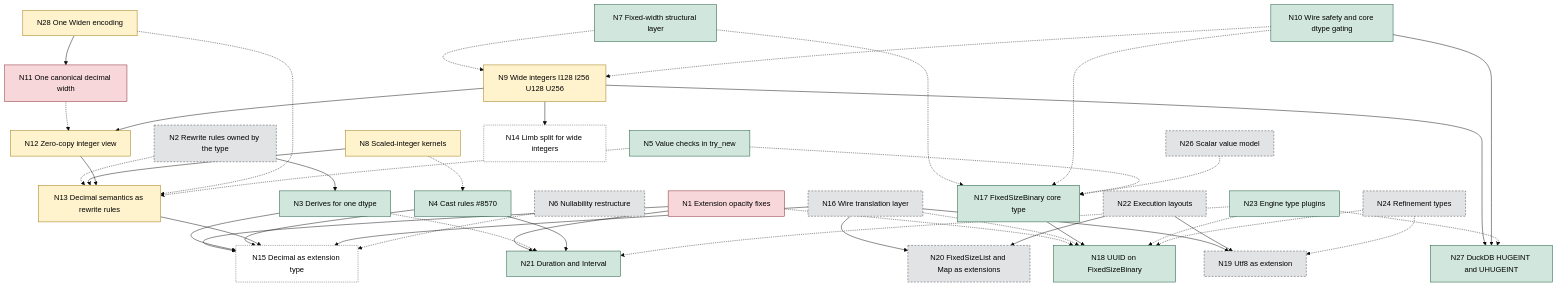
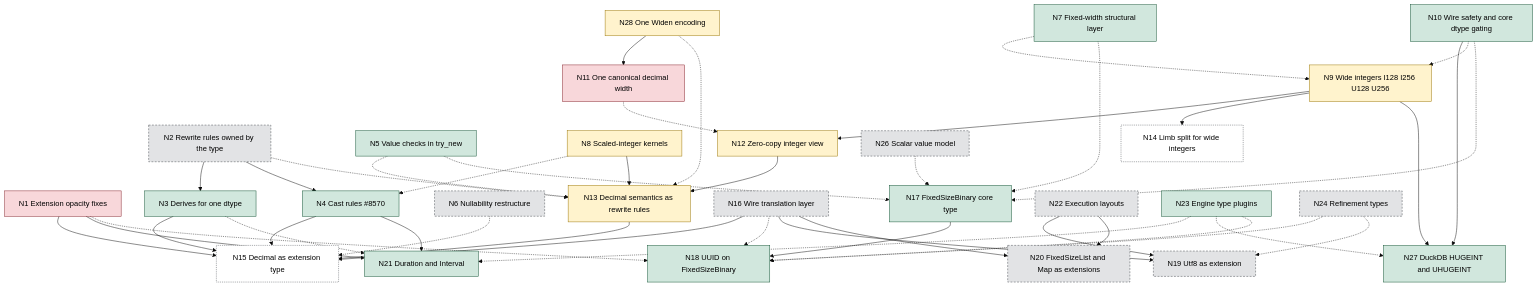
The diagram in research/decimal/agents/report.md (vortex-data/vortex), drawn with Mermaid (base theme) before and after one commit. The commit also changed other lines of this file and 5 other files, not shown here.

````diff
--- a/research/decimal/agents/report.md
+++ b/research/decimal/agents/report.md
@@ -1413,77 +1413,78 @@
 ```mermaid
 flowchart TD
     classDef urgent fill:#f8d7da,stroke:#842029,color:#000
     classDef critical fill:#fff3cd,stroke:#997404,color:#000
     classDef impl fill:#d1e7dd,stroke:#0f5132,color:#000
     classDef research fill:#e2e3e5,stroke:#41464b,color:#000,stroke-dasharray: 4 3
     classDef optional fill:#ffffff,stroke:#41464b,color:#000,stroke-dasharray: 2 2
 
     N1["N1 Extension opacity fixes"]:::urgent
     N11["N11 One canonical decimal width"]:::urgent
     N28["N28 One Widen encoding"]:::critical
     N2["N2 Rewrite rules owned by the type"]:::research
     N3["N3 Derives for one dtype"]:::impl
     N4["N4 Cast rules #8570"]:::impl
     N5["N5 Value checks in try_new"]:::impl
     N6["N6 Nullability restructure"]:::research
     N7["N7 Fixed-width structural layer"]:::impl
     N8["N8 Scaled-integer kernels"]:::critical
     N9["N9 Wide integers I128 I256 U128 U256"]:::critical
     N10["N10 Wire safety and core dtype gating"]:::impl
     N12["N12 Zero-copy integer view"]:::critical
     N13["N13 Decimal semantics as rewrite rules"]:::critical
     N14["N14 Limb split for wide integers"]:::optional
     N15["N15 Decimal as extension type"]:::optional
     N16["N16 Wire translation layer"]:::research
     N17["N17 FixedSizeBinary core type"]:::impl
     N18["N18 UUID on FixedSizeBinary"]:::impl
     N19["N19 Utf8 as extension"]:::research
     N20["N20 FixedSizeList and Map as extensions"]:::research
     N21["N21 Duration and Interval"]:::impl
     N22["N22 Execution layouts"]:::research
     N23["N23 Engine type plugins"]:::impl
     N24["N24 Refinement types"]:::research
     N26["N26 Scalar value model"]:::research
     N27["N27 DuckDB HUGEINT and UHUGEINT"]:::impl
 
     N1 --> N15
     N1 --> N21
     N1 -.-> N18
     N2 --> N3
+    N2 --> N4
     N2 -.-> N13
     N3 --> N15
     N3 -.-> N21
     N4 --> N15
     N4 --> N21
     N8 -.-> N4
     N8 --> N13
     N7 -.-> N9
     N7 -.-> N17
     N28 --> N11
     N11 -.-> N12
     N9 --> N12
     N9 --> N14
     N9 --> N27
     N10 --> N27
     N10 -.-> N9
     N10 -.-> N17
     N12 --> N13
     N28 -.-> N13
     N13 --> N15
     N16 --> N15
     N16 -.-> N18
     N16 --> N19
     N16 --> N20
     N17 --> N18
     N22 --> N19
     N22 --> N20
     N23 -.-> N21
     N23 -.-> N27
     N23 -.-> N18
     N5 -.-> N13
     N5 -.-> N17
     N26 -.-> N17
     N24 -.-> N18
     N24 -.-> N19
     N6 -.-> N15
 ```
````
